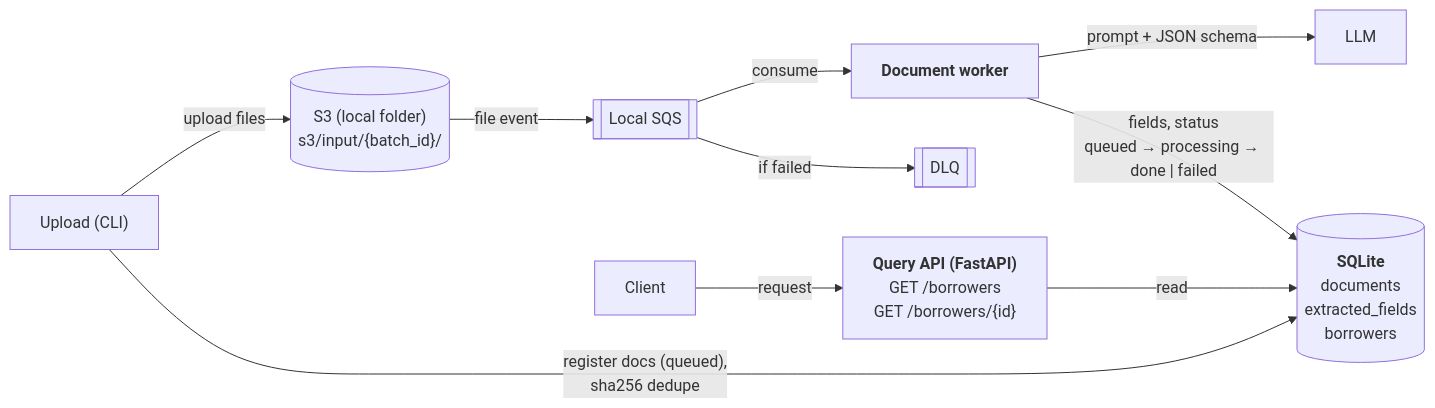
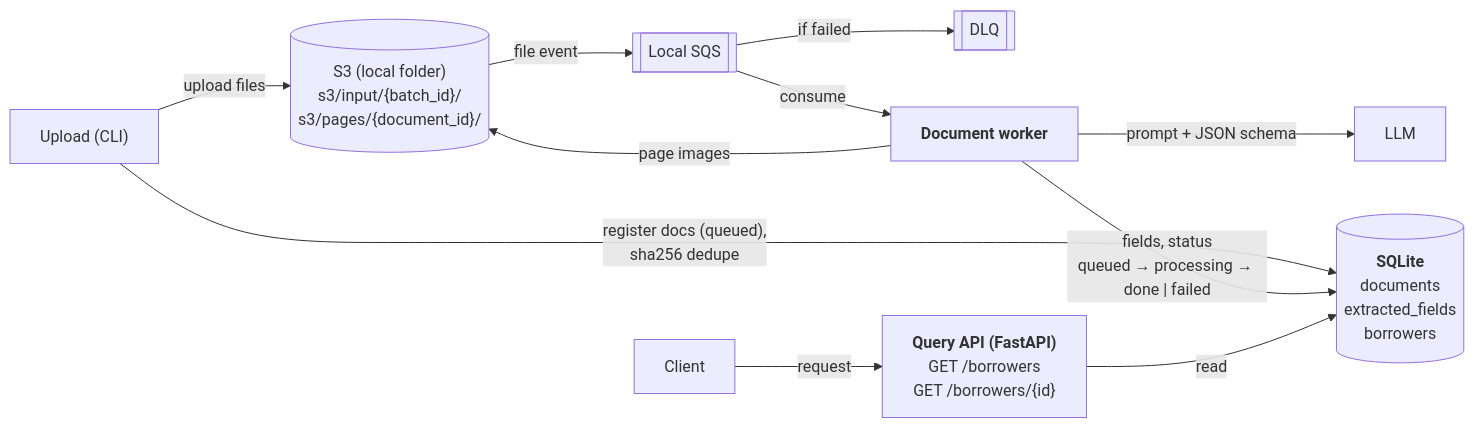
One commit to syldysnya/loan_extraction changed the diagram in docs/system-design.md. Above: the diagram before and after it, drawn with Mermaid. The commit also changed 2 other files, not shown here.

Commit message:
Add parsing HLD and LLD

````diff
--- a/docs/system-design.md
+++ b/docs/system-design.md
@@ -31,22 +31,23 @@
 ```mermaid
 flowchart LR
     upload["Upload (CLI)"]
-    s3[("S3 (local folder)<br/>s3/input/{batch_id}/")]
+    s3[("S3 (local folder)<br/>s3/input/{batch_id}/<br/>s3/pages/{document_id}/")]
     sqs[["Local SQS"]]
     dlq[["DLQ"]]
     worker["<b>Document worker</b>"]
     llm["LLM"]
     db[("<b>SQLite</b><br/>documents<br/>extracted_fields<br/>borrowers")]
     api["<b>Query API (FastAPI)</b><br/>GET /borrowers<br/>GET /borrowers/{id}"]
     client["Client"]
 
     upload -- "upload files" --> s3
     upload -- "register docs (queued),<br/>sha256 dedupe" --> db
     s3 -- "file event" --> sqs
     sqs -- "consume" --> worker
     sqs -- "if failed" --> dlq
+    worker -- "page images" --> s3
     worker -- "prompt + JSON schema" --> llm
     worker -- "fields, status<br/>queued → processing → done | failed" --> db
     api -- "read" --> db
     client -- "request" --> api
 ```
````
